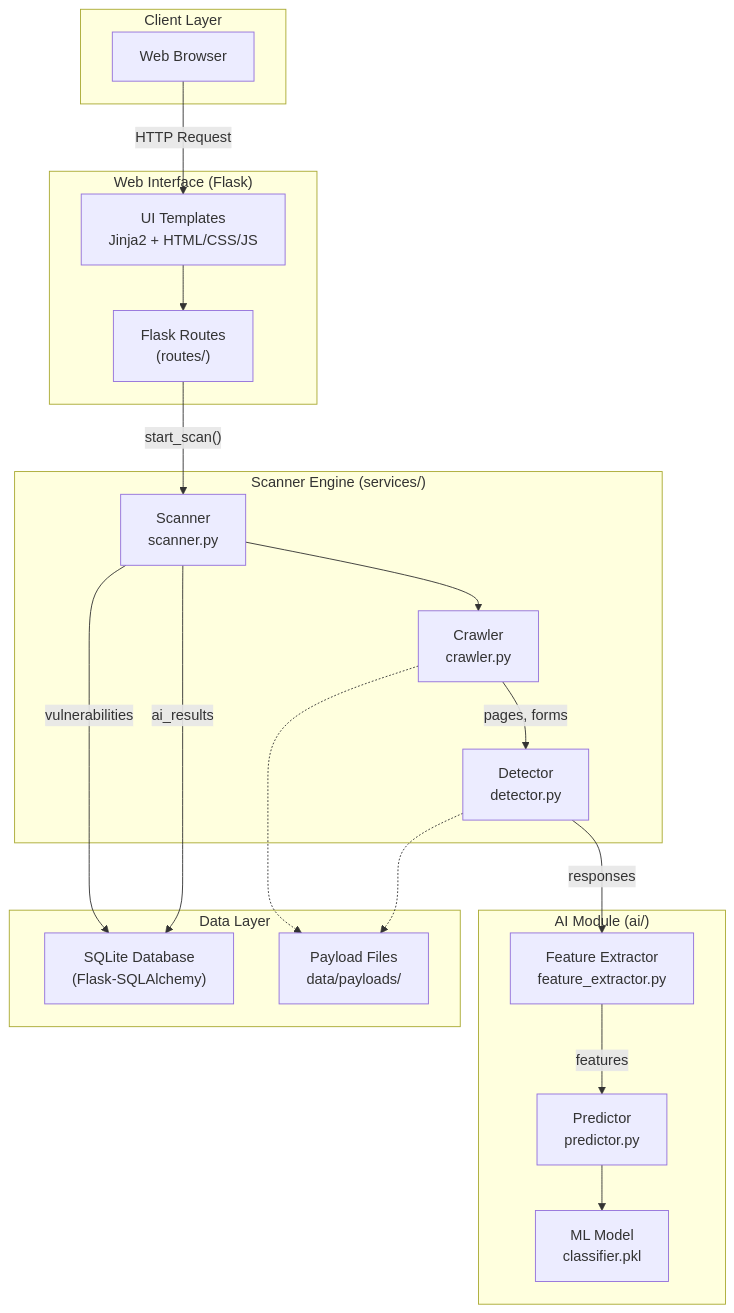
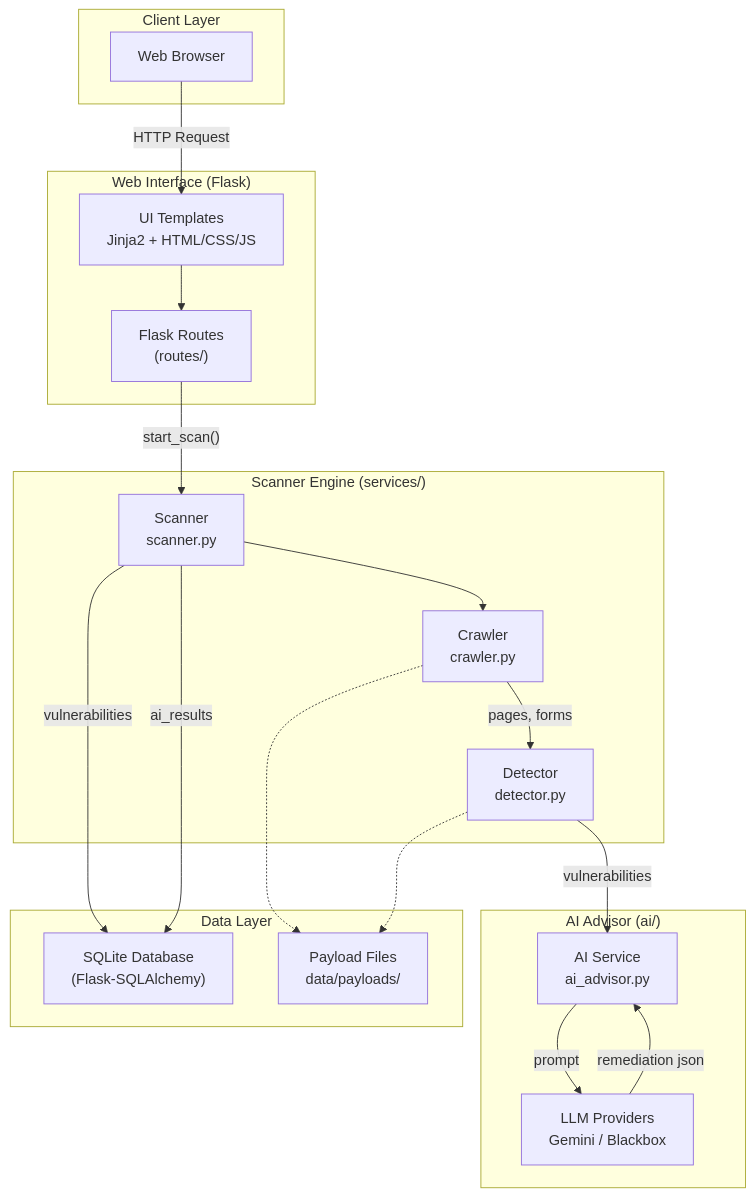
Before and after one commit to longduc205/DoAnII: the first of 4 diagrams in docs/diagrams/architecture.md, drawn with Mermaid. The commit also changed other lines of this file and 7 other files, not shown here.

Commit message:
[UPD] Cập nhật các UML

````diff
--- a/docs/diagrams/architecture.md
+++ b/docs/diagrams/architecture.md
@@ -11,41 +11,40 @@
 ```mermaid
 flowchart TB
     subgraph Client["Client Layer"]
         Browser["Web Browser"]
     end
 
     subgraph WebLayer["Web Interface (Flask)"]
         UI["UI Templates\nJinja2 + HTML/CSS/JS"]
         Routes["Flask Routes\n(routes/)"]
     end
 
     subgraph ScannerEngine["Scanner Engine (services/)"]
         Crawler["Crawler\ncrawler.py"]
         Detector["Detector\ndetector.py"]
         Scanner["Scanner\nscanner.py"]
     end
 
-    subgraph AIModule["AI Module (ai/)"]
-        FeatureExtractor["Feature Extractor\nfeature_extractor.py"]
-        Predictor["Predictor\npredictor.py"]
-        Model["ML Model\nclassifier.pkl"]
+    subgraph AIModule["AI Advisor (ai/)"]
+        AIAdvisor["AI Service\nai_advisor.py"]
+        LLMs["LLM Providers\nGemini / Blackbox"]
     end
 
     subgraph DataLayer["Data Layer"]
         DB["SQLite Database\n(Flask-SQLAlchemy)"]
         Payloads["Payload Files\ndata/payloads/"]
     end
 
     Browser -->|"HTTP Request"| UI
     UI --> Routes
     Routes -->|"start_scan()"| Scanner
     Scanner --> Crawler
     Crawler -->|"pages, forms"| Detector
-    Detector -->|"responses"| FeatureExtractor
-    FeatureExtractor -->|"features"| Predictor
-    Predictor --> Model
+    Detector -->|"vulnerabilities"| AIAdvisor
+    AIAdvisor -->|"prompt"| LLMs
+    LLMs -->|"remediation json"| AIAdvisor
     Scanner -->|"vulnerabilities"| DB
     Scanner -->|"ai_results"| DB
     Crawler -.-> Payloads
     Detector -.-> Payloads
 ```
````
